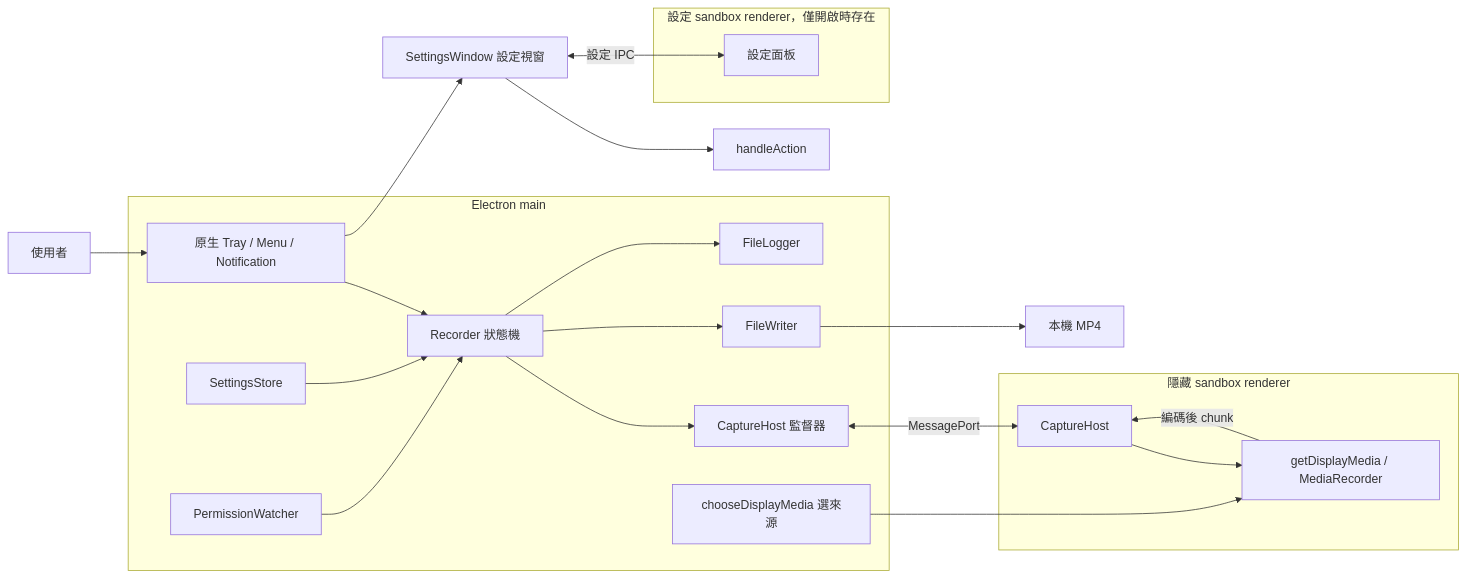
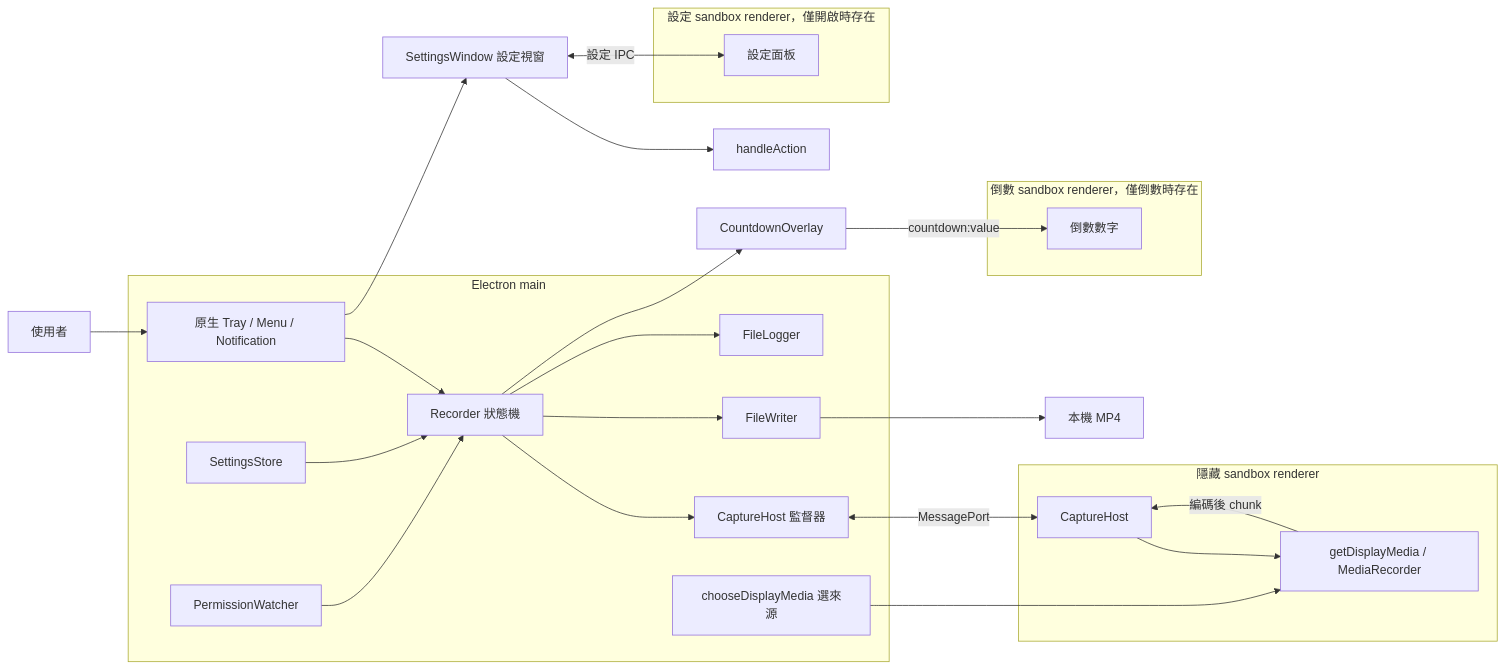
One commit to EricTsai83/recordstuff changed the diagram in docs/zh-TW/system-design/architecture.md. Above: the diagram before and after it, drawn with Mermaid. The commit also changed other lines of this file and 17 other files, not shown here.

````diff
--- a/docs/zh-TW/system-design/architecture.md
+++ b/docs/zh-TW/system-design/architecture.md
@@ -11,26 +11,31 @@
 ```mermaid
 flowchart LR
     User[使用者] --> Tray[原生 Tray / Menu / Notification]
     subgraph Main[Electron main]
       Tray --> Recorder[Recorder 狀態機]
       Settings[SettingsStore] --> Recorder
       Permission[PermissionWatcher] --> Recorder
       Recorder --> Supervisor[CaptureHost 監督器]
       Recorder --> Writer[FileWriter]
       Recorder --> Log[FileLogger]
       Select[chooseDisplayMedia 選來源]
     end
     Tray --> Panel[SettingsWindow 設定視窗]
     Panel --> Action[handleAction]
     Supervisor <-->|MessagePort| Host
     subgraph Renderer[隱藏 sandbox renderer]
       Host[CaptureHost] --> Media[getDisplayMedia / MediaRecorder]
     end
     subgraph PanelRenderer[設定 sandbox renderer，僅開啟時存在]
       Page[設定面板]
     end
     Panel <-->|設定 IPC| Page
+    Recorder --> Overlay[CountdownOverlay]
+    subgraph OverlayRenderer[倒數 sandbox renderer，僅倒數時存在]
+      Digit[倒數數字]
+    end
+    Overlay -->|countdown:value| Digit
     Select --> Media
     Media -->|編碼後 chunk| Host
     Writer --> Disk[本機 MP4]
 ```
````
